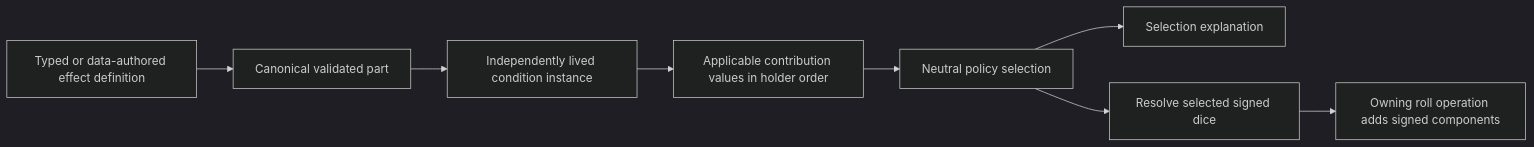
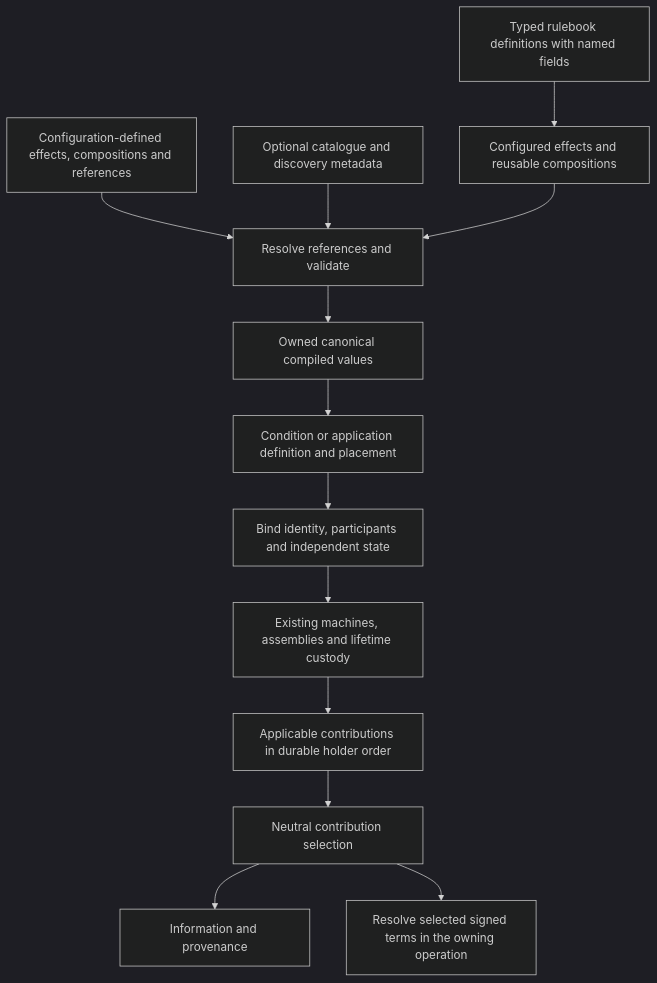
The diagram in docs/ideas/bless-bane-building-blocks/design.md (KirkDiggler/rpg-toolkit), drawn with Mermaid (dark theme) before and after one commit. The commit also changed other lines of this file and 6 other files, not shown here.

First line of the commit message:
docs: recast the foundation as effect-first definitions and compositions

````diff
--- a/docs/ideas/bless-bane-building-blocks/design.md
+++ b/docs/ideas/bless-bane-building-blocks/design.md
@@ -5,10 +5,15 @@
 ```mermaid
-flowchart LR
-    Definition[Typed or data-authored effect definition] --> Canonical[Canonical validated part]
-    Canonical --> Instance[Independently lived condition instance]
-    Instance --> Applicable[Applicable contribution values in holder order]
-    Applicable --> Selection[Neutral policy selection]
-    Selection --> Information[Selection explanation]
-    Selection --> Resolution[Resolve selected signed dice]
-    Resolution --> Fold[Owning roll operation adds signed components]
+flowchart TD
+    Go[Typed rulebook definitions with named fields] --> Values[Configured effects and reusable compositions]
+    Data[Configuration-defined effects, compositions and references] --> Resolve[Resolve references and validate]
+    Catalogue[Optional catalogue and discovery metadata] --> Resolve
+    Values --> Resolve
+    Resolve --> Compiled[Owned canonical compiled values]
+    Compiled --> Host[Condition or application definition and placement]
+    Host --> Bind[Bind identity, participants and independent state]
+    Bind --> Runtime[Existing machines, assemblies and lifetime custody]
+    Runtime --> Applicable[Applicable contributions in durable holder order]
+    Applicable --> Select[Neutral contribution selection]
+    Select --> Info[Information and provenance]
+    Select --> Roll[Resolve selected signed terms in the owning operation]
 ```
````
